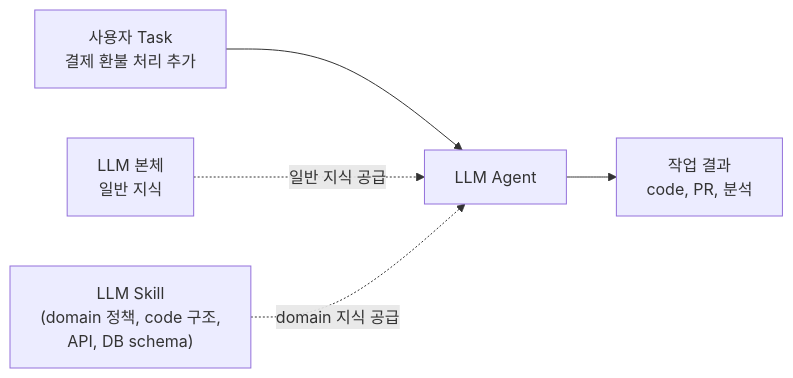
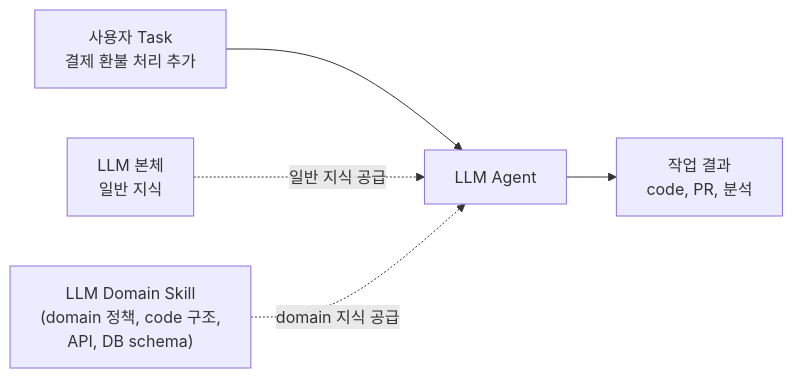
The first of 4 diagrams in collections/_notes/ai/llm-wiki/as-skill.md (choesimin/choesimin.github.io), drawn with Mermaid before and after one commit. The commit also changed other lines of this file, not shown here.

````diff
--- a/collections/_notes/ai/llm-wiki/as-skill.md
+++ b/collections/_notes/ai/llm-wiki/as-skill.md
@@ -35,13 +35,13 @@
 ```mermaid
 graph LR
     user[사용자 Task<br>결제 환불 처리 추가]
     agent[LLM Agent]
     llm[LLM 본체<br>일반 지식]
-    skill["LLM Skill<br>(domain 정책, code 구조,<br>API, DB schema)"]
+    skill["LLM Domain Skill<br>(domain 정책, code 구조,<br>API, DB schema)"]
     output[작업 결과<br>code, PR, 분석]
 
     user --> agent
     llm -.일반 지식 공급.-> agent
     skill -.domain 지식 공급.-> agent
     agent --> output
 ```
````
